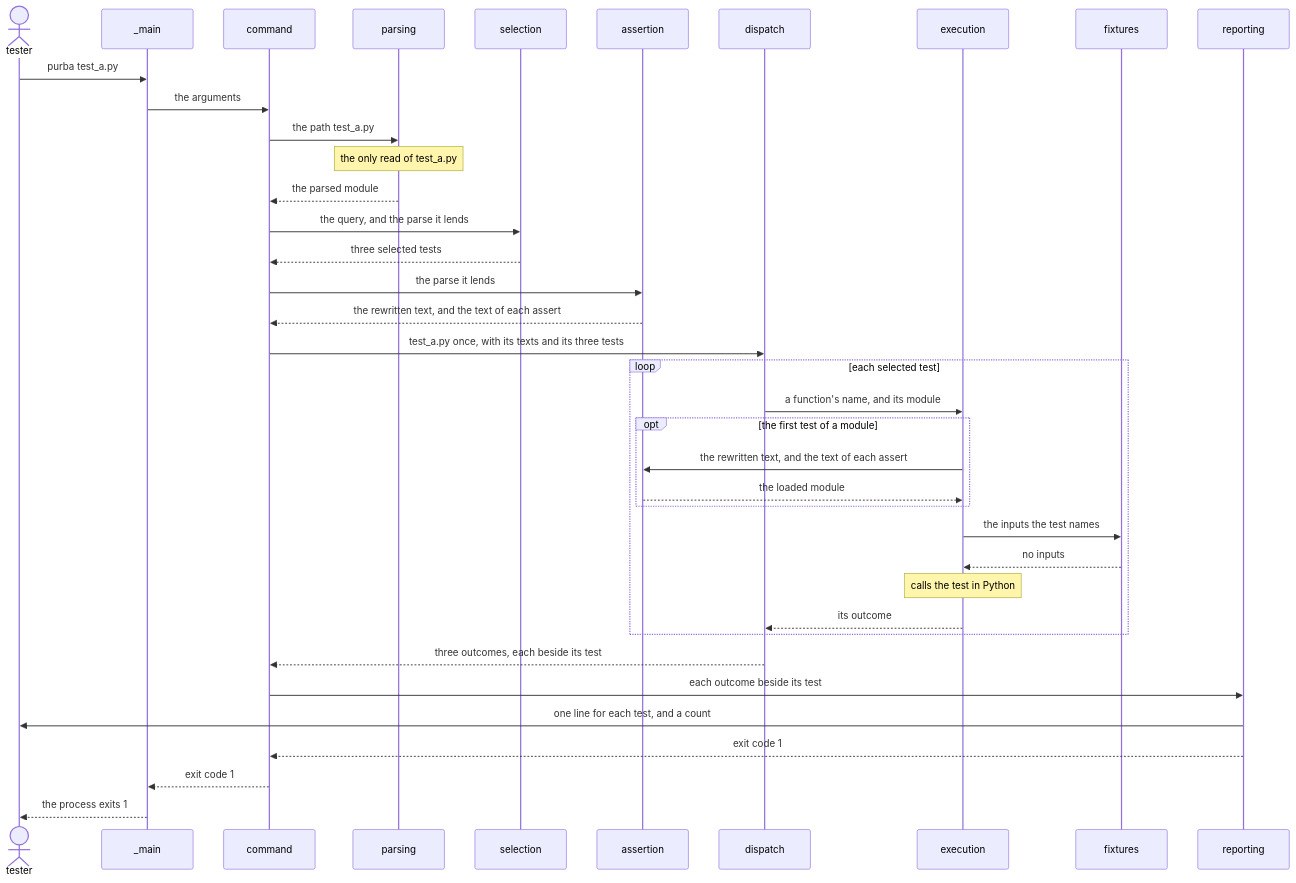
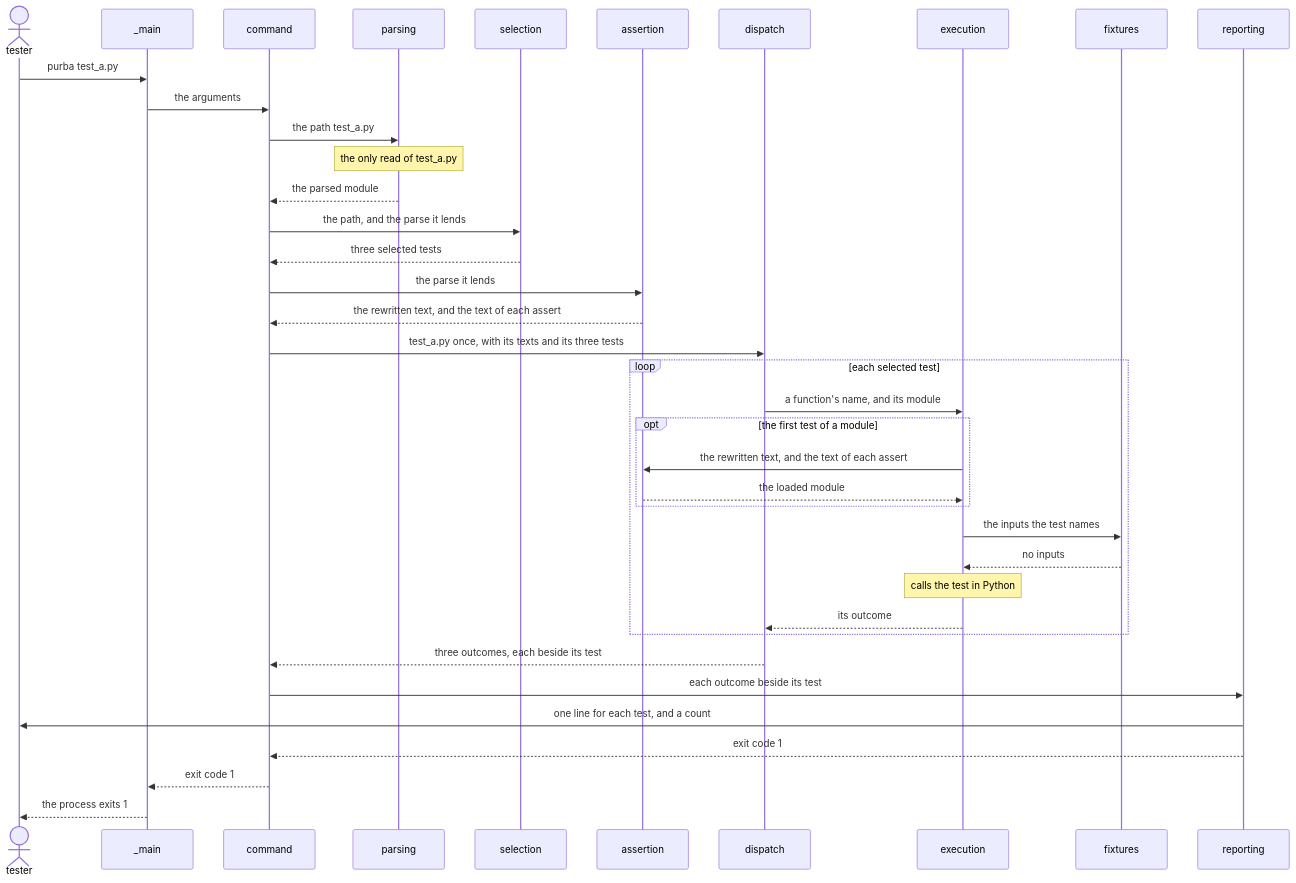
Before and after one commit to kalonji-tools/purba: the third of 3 diagrams in LANDSCAPE.md, drawn with Mermaid. The commit also changed 4 other files, not shown here.

````diff
--- a/LANDSCAPE.md
+++ b/LANDSCAPE.md
@@ -84,40 +84,40 @@
 ```mermaid
 sequenceDiagram
   actor tester
   participant main as _main
   participant command
   participant parsing
   participant selection
   participant assertion
   participant dispatch
   participant execution
   participant fixtures
   participant reporting
   tester ->> main: purba test_a.py
   main ->> command: the arguments
   command ->> parsing: the path test_a.py
   Note over parsing: the only read of test_a.py
   parsing -->> command: the parsed module
-  command ->> selection: the query, and the parse it lends
+  command ->> selection: the path, and the parse it lends
   selection -->> command: three selected tests
   command ->> assertion: the parse it lends
   assertion -->> command: the rewritten text, and the text of each assert
   command ->> dispatch: test_a.py once, with its texts and its three tests
   loop each selected test
     dispatch ->> execution: a function's name, and its module
     opt the first test of a module
       execution ->> assertion: the rewritten text, and the text of each assert
       assertion -->> execution: the loaded module
     end
     execution ->> fixtures: the inputs the test names
     fixtures -->> execution: no inputs
     Note over execution: calls the test in Python
     execution -->> dispatch: its outcome
   end
   dispatch -->> command: three outcomes, each beside its test
   command ->> reporting: each outcome beside its test
   reporting ->> tester: one line for each test, and a count
   reporting -->> command: exit code 1
   command -->> main: exit code 1
   main -->> tester: the process exits 1
 ```
````
